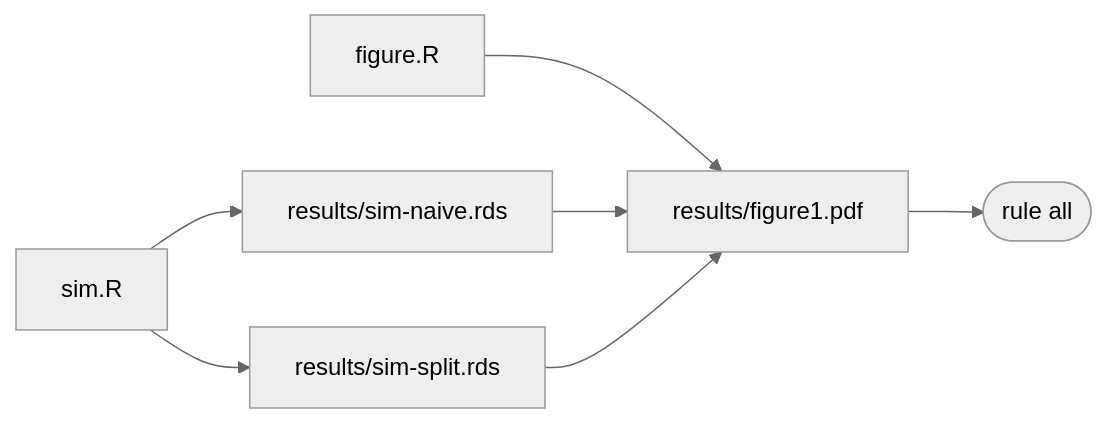
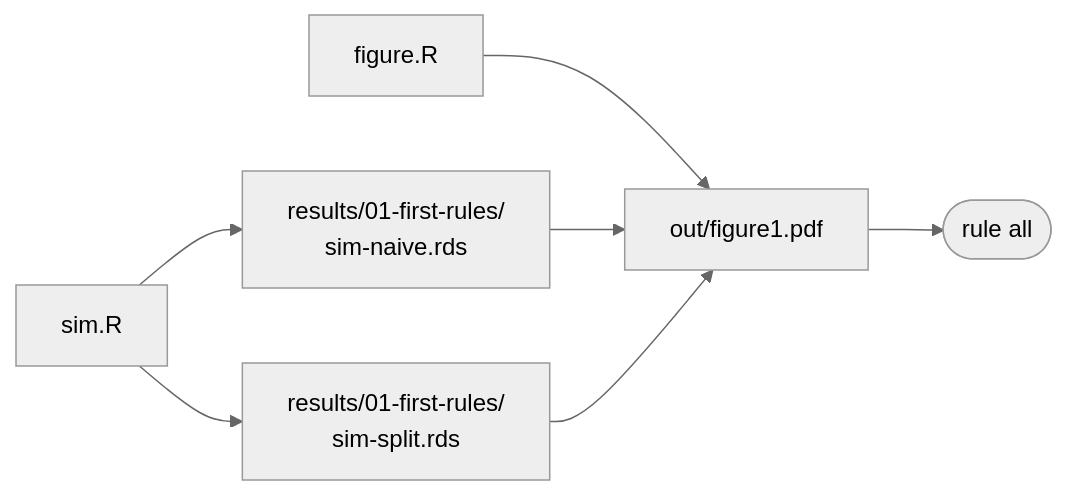
The diagram in 02-first-snakefile.qmd (lharris421/snakemake-tutorial), drawn with Mermaid (neutral theme) before and after one commit. The commit also changed other lines of this file and 66 other files, not shown here.

````diff
--- a/02-first-snakefile.qmd
+++ b/02-first-snakefile.qmd
@@ -70,10 +70,10 @@
 ```{mermaid}
 %%| fig-align: center
 flowchart LR
-  A[sim.R] --> B[results/sim-naive.rds]
-  A --> C[results/sim-split.rds]
-  D[figure.R] --> E[results/figure1.pdf]
+  A[sim.R] --> B["results/01-first-rules/<br/>sim-naive.rds"]
+  A --> C["results/01-first-rules/<br/>sim-split.rds"]
+  D[figure.R] --> E[out/figure1.pdf]
   B --> E
   C --> E
   E --> F([rule all])
 ```
````
